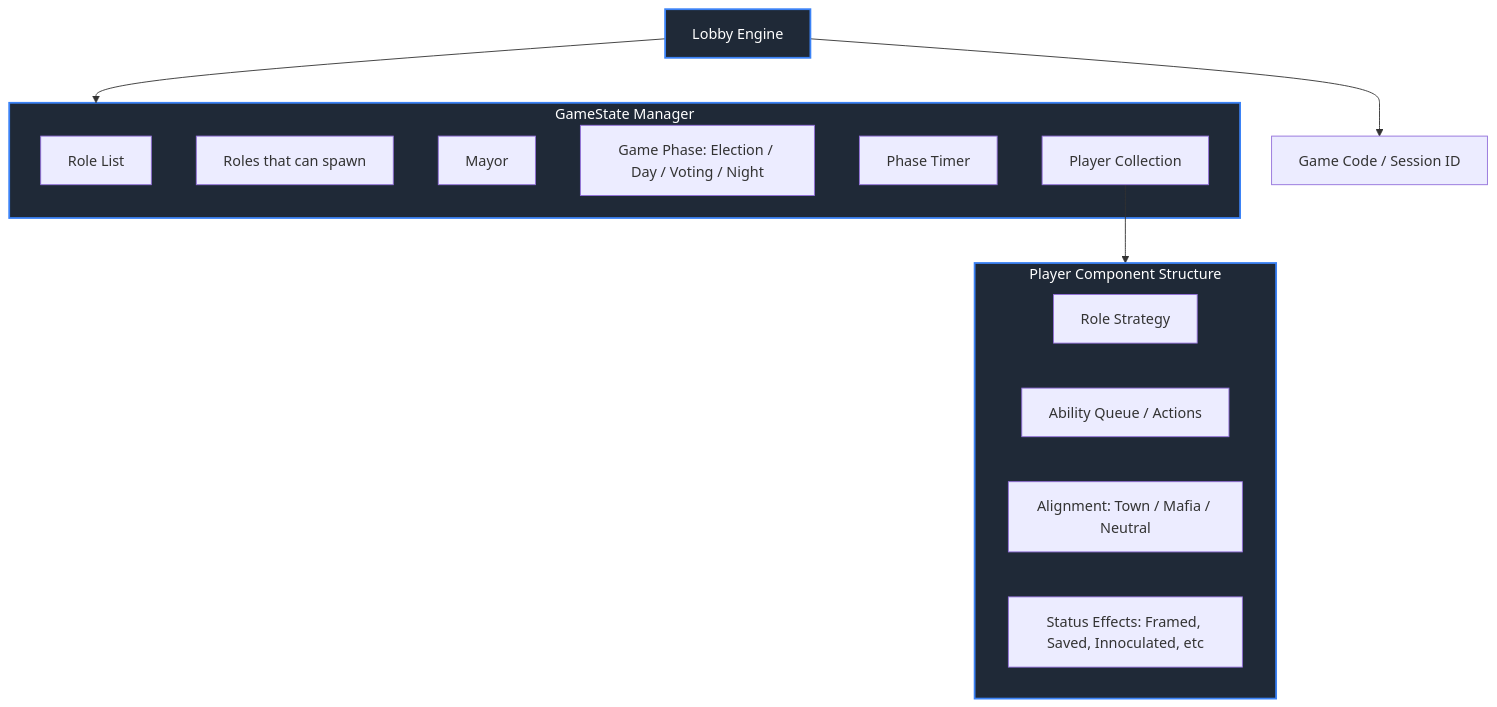
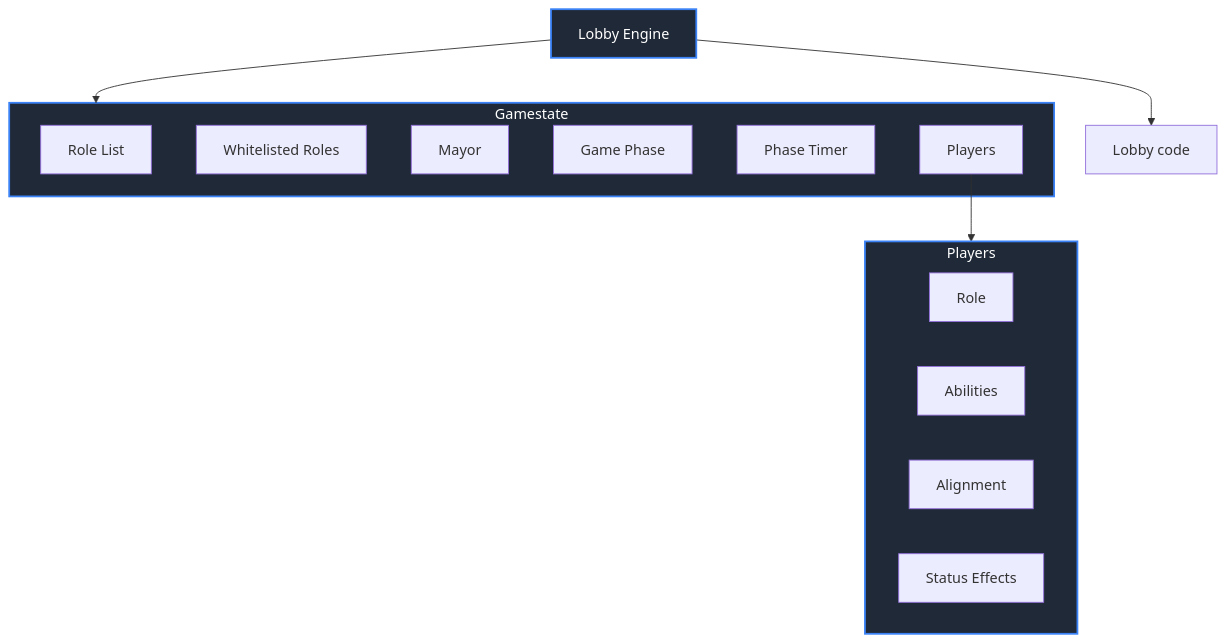
Before and after one commit to Cyanberri/Death-and-Taxes: the diagram in README.md, drawn with Mermaid. The commit also changed other lines of this file, not shown here.

````diff
--- a/README.md
+++ b/README.md
@@ -10,29 +24,29 @@
 ```mermaid
 graph TD
     %% Styling
     classDef main fill:#1f2937,stroke:#3b82f6,stroke-width:2px,color:#fff
     classDef sub fill:#111827,stroke:#4b5563,stroke-width:1px,color:#9ca3af
 
-    Lobby[Lobby Engine] --> GameCode[Game Code / Session ID]
-    Lobby --> GameState[GameState Core]
+    Lobby[Lobby Engine] --> GameCode[Lobby code]
+    Lobby --> GameState[Gamestate]
 
-    subgraph GameState [GameState Manager]
+    subgraph GameState [Gamestate]
         RoleList[Role List]
-        Whitelist[Roles that can spawn]
+        Whitelist[Whitelisted Roles]
         Mayor[Mayor]
-        GamePhase[Game Phase: Election / Day / Voting / Night]
+        GamePhase[Game Phase]
         Timer[Phase Timer]
-        Players[Player Collection]
+        Players[Players]
     end
 
     Players --> P[Player Object]
 
-    subgraph P [Player Component Structure]
-        Role[Role Strategy]
-        Abilities[Ability Queue / Actions]
-        Alignment[Alignment: Town / Mafia / Neutral]
-        Status[Status Effects: Framed, Saved, Innoculated, etc]
+    subgraph P [Players]
+        Role[Role]
+        Abilities[Abilities]
+        Alignment[Alignment]
+        Status[Status Effects]
     end
 
     class Lobby,GameState,P main
 ```
````
